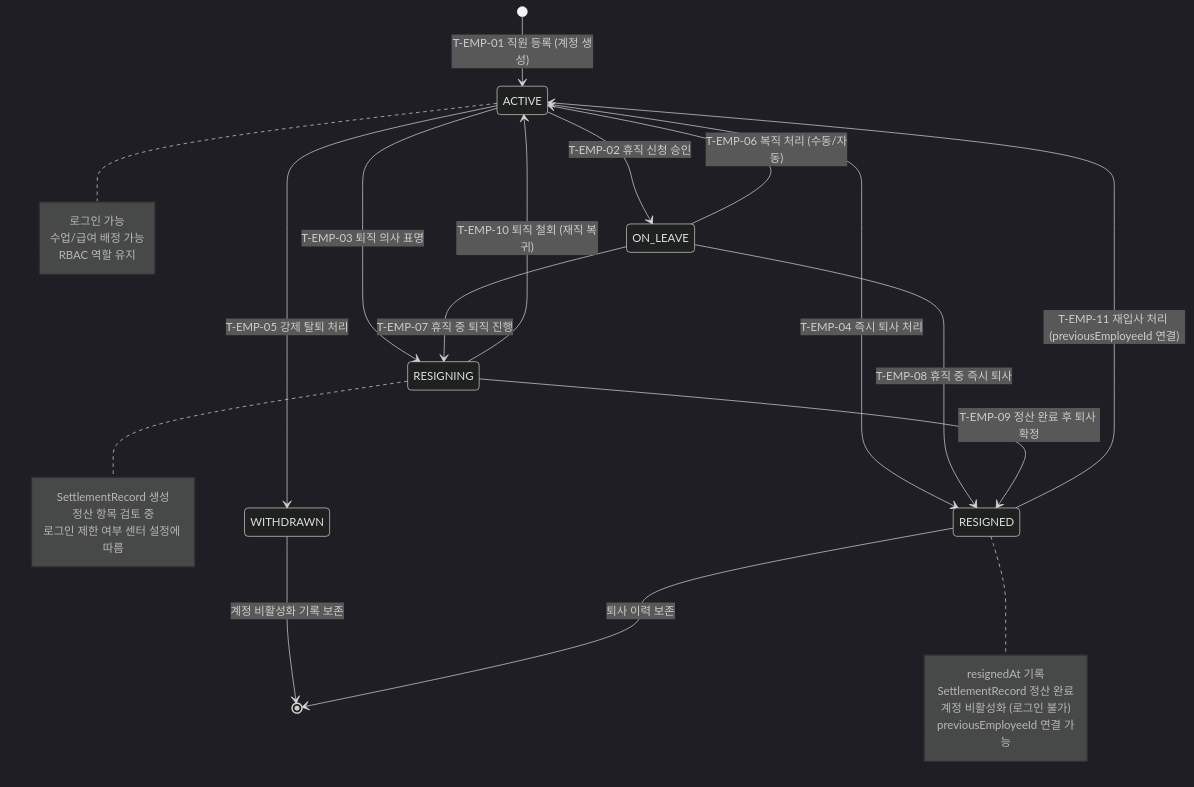
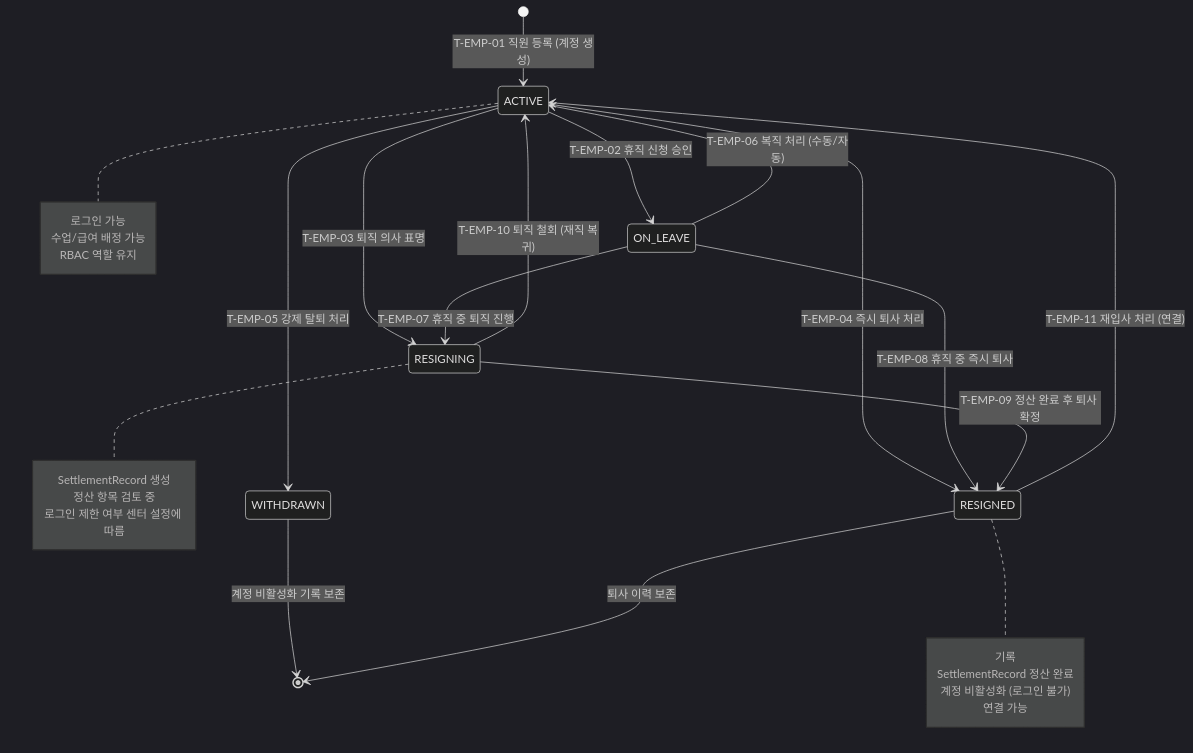
One commit to dev-spogym/admin-pando changed the diagram in docs/다이어그램/20_상태전이도/20-08_EmployeeStatus.md. Above: the diagram before and after it, drawn with Mermaid (dark theme). The commit also changed other lines of this file and 1660 other files, not shown here.

First line of the commit message:
다이어그램: 기획자/클라이언트 납품본으로 정리

````diff
--- a/docs/다이어그램/20_상태전이도/20-08_EmployeeStatus.md
+++ b/docs/다이어그램/20_상태전이도/20-08_EmployeeStatus.md
@@ -34,40 +26,40 @@
 ```mermaid
 stateDiagram-v2
     [*] --> ACTIVE : T-EMP-01 직원 등록 (계정 생성)
 
     ACTIVE --> ON_LEAVE : T-EMP-02 휴직 신청 승인
     ACTIVE --> RESIGNING : T-EMP-03 퇴직 의사 표명
     ACTIVE --> RESIGNED : T-EMP-04 즉시 퇴사 처리
     ACTIVE --> WITHDRAWN : T-EMP-05 강제 탈퇴 처리
 
     ON_LEAVE --> ACTIVE : T-EMP-06 복직 처리 (수동/자동)
     ON_LEAVE --> RESIGNING : T-EMP-07 휴직 중 퇴직 진행
     ON_LEAVE --> RESIGNED : T-EMP-08 휴직 중 즉시 퇴사
 
     RESIGNING --> RESIGNED : T-EMP-09 정산 완료 후 퇴사 확정
     RESIGNING --> ACTIVE : T-EMP-10 퇴직 철회 (재직 복귀)
 
-    RESIGNED --> ACTIVE : T-EMP-11 재입사 처리 (previousEmployeeId 연결)
+    RESIGNED --> ACTIVE : T-EMP-11 재입사 처리 (연결)
 
     WITHDRAWN --> [*] : 계정 비활성화 기록 보존
     RESIGNED --> [*] : 퇴사 이력 보존
 
     note right of ACTIVE
         로그인 가능
         수업/급여 배정 가능
         RBAC 역할 유지
     end note
 
     note right of RESIGNING
         SettlementRecord 생성
         정산 항목 검토 중
         로그인 제한 여부 센터 설정에 따름
     end note
 
     note right of RESIGNED
-        resignedAt 기록
+         기록
         SettlementRecord 정산 완료
         계정 비활성화 (로그인 불가)
-        previousEmployeeId 연결 가능
+         연결 가능
     end note
 ```
````
